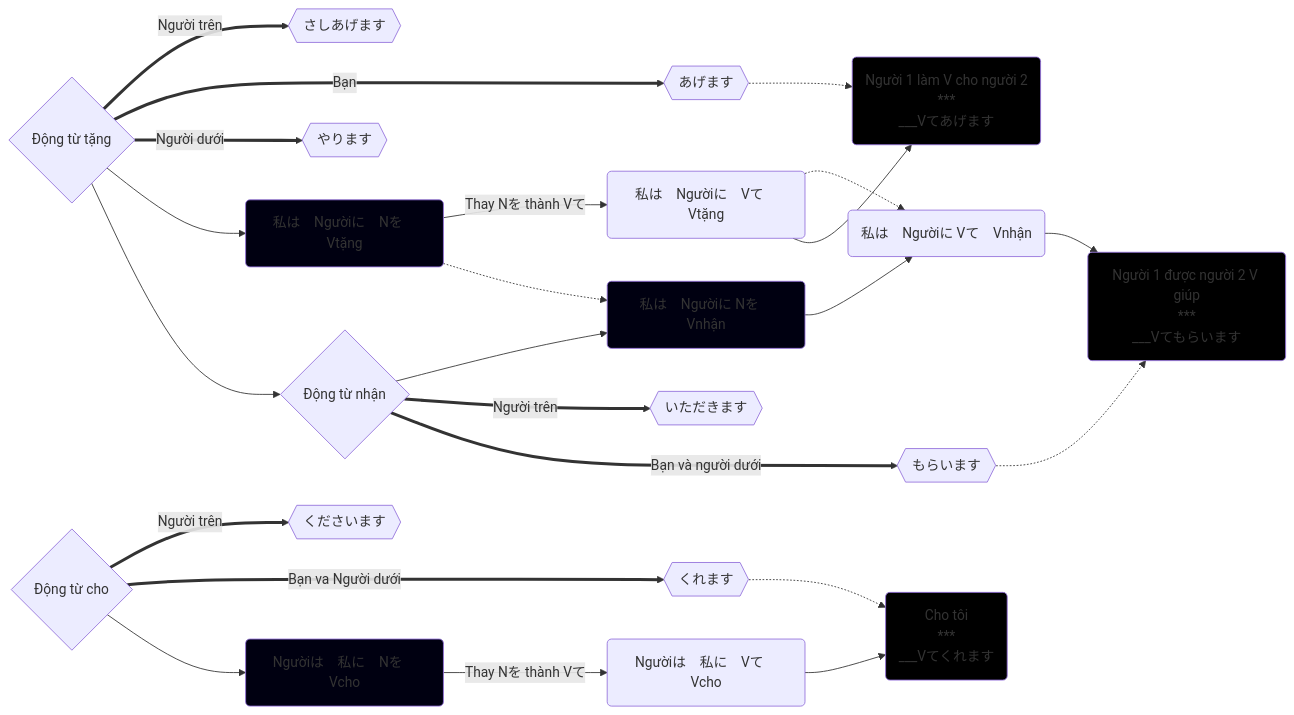
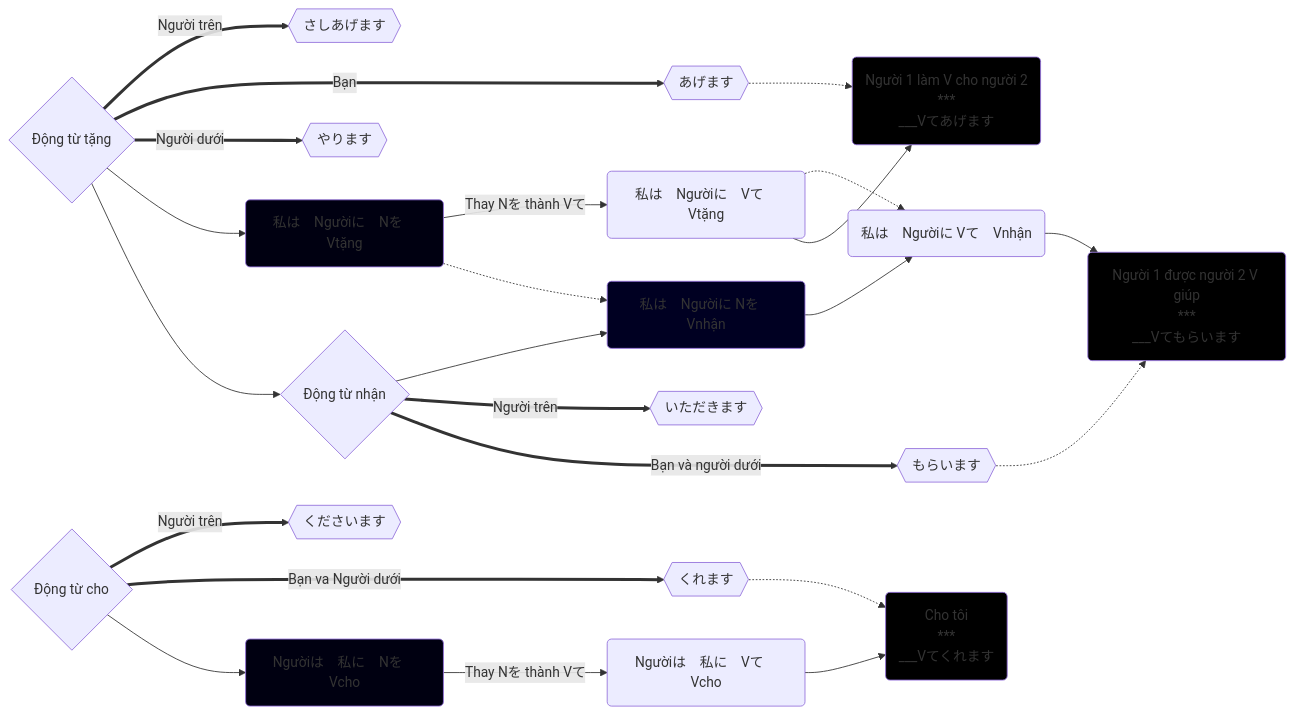
Before and after one commit to tea1504/learn: the diagram in Dong_Tu_Cho_Tang.md, drawn with Mermaid. The commit also changed 14 other files, not shown here.

````diff
--- a/Dong_Tu_Cho_Tang.md
+++ b/Dong_Tu_Cho_Tang.md
@@ -1,41 +1,41 @@
 ```mermaid
 graph LR;
 	Vt{Động từ tặng}
 	Vc{Động từ cho}
 
 	Vt==>|Người trên|bieuT{{さしあげます}}
 	Vt==>|Bạn|tangT{{あげます}}
 	Vt==>|Người dưới|choT{{やります}}
 
 	Vc==>|Người trên|bieuN{{くださいます}}
 	Vc==>|Bạn va Người dưới|tangN{{くれます}}
 
 	Vt-->npTang(私は　Ngườiに　Nを　Vtặng)
 	npTang-->|Thay Nを thành Vて|npTangVte(私は　Ngườiに　Vて　Vtặng)
 
 	Vc-->npCho(Ngườiは　私に　Nを　Vcho)
 	npCho-->|Thay Nを thành Vて|npChoVte(Ngườiは　私に　Vて　Vcho)
 
 	Vt-->Vn{Động từ nhận}
 	npTang-.->npNhan(私は　Ngườiに Nを　Vnhận)
 	Vn-->npNhan-->npNhanVte(私は　Ngườiに Vて　Vnhận)
 	npTangVte-.->npNhanVte(私は　Ngườiに Vて　Vnhận)
 	Vn==>|Người trên|nhan{{いただきます}}
 	Vn==>|Bạn và người dưới|nhan2{{もらいます}}
 
 	npChoVte-->choToi(Cho tôi\n***\n___Vてくれます)
 	tangN-.->choToi
 
 	npNhanVte-->N1DuocN2VGiup(Người 1 được người 2 V giúp\n***\n___Vてもらいます)
 	nhan2-.->N1DuocN2VGiup
 
 	npTangVte-->N1LamVChoN2(Người 1 làm V cho người 2\n***\n___Vてあげます)
 	tangT-.->N1LamVChoN2
 
 	style npCho fill:#001
 	style npTang fill:#001
-	style npNhan fill:#001
+	style npNhan fill:#002
 	style choToi fill:#000
 	style N1DuocN2VGiup fill:#000
 	style N1LamVChoN2 fill:#000
 ```
````
